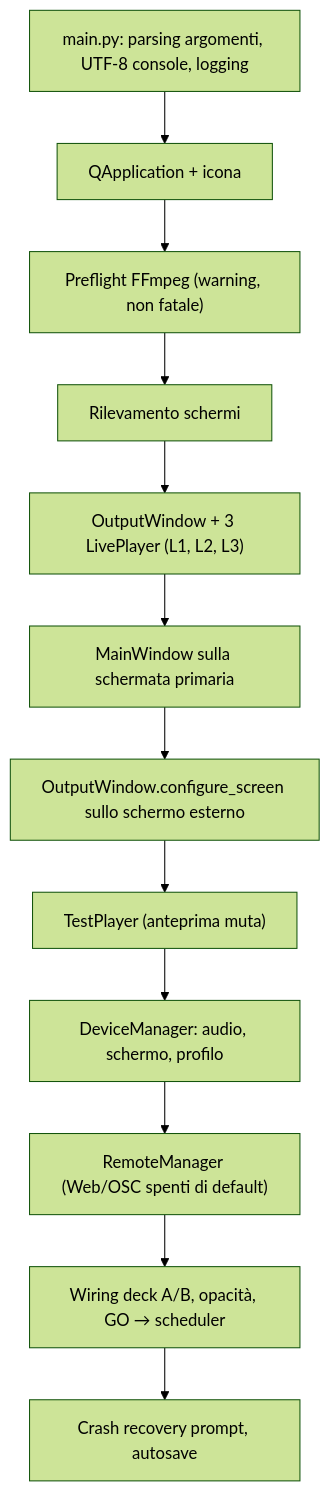
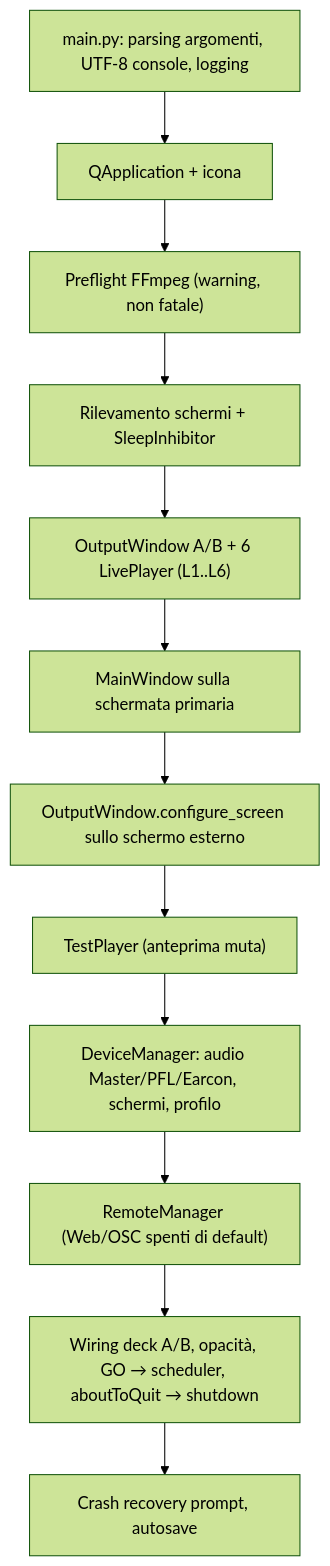
Before and after one commit to diego-costanzo/BlindCUE: the second of 3 diagrams in docs/ARCHITECTURE.md, drawn with Mermaid (forest theme). The commit also changed other lines of this file and 38 other files, not shown here.

````diff
--- a/docs/ARCHITECTURE.md
+++ b/docs/ARCHITECTURE.md
@@ -199,14 +201,14 @@
 ```mermaid
 flowchart TD
     A["main.py: parsing argomenti, UTF-8 console, logging"] --> B["QApplication + icona"]
     B --> C["Preflight FFmpeg (warning, non fatale)"]
-    C --> D["Rilevamento schermi"]
-    D --> E["OutputWindow + 3 LivePlayer (L1, L2, L3)"]
+    C --> D["Rilevamento schermi + SleepInhibitor"]
+    D --> E["OutputWindow A/B + 6 LivePlayer (L1..L6)"]
     E --> F["MainWindow sulla schermata primaria"]
     F --> G["OutputWindow.configure_screen sullo schermo esterno"]
     G --> H["TestPlayer (anteprima muta)"]
-    H --> I["DeviceManager: audio, schermo, profilo"]
+    H --> I["DeviceManager: audio Master/PFL/Earcon, schermi, profilo"]
     I --> J["RemoteManager (Web/OSC spenti di default)"]
-    J --> K["Wiring deck A/B, opacità, GO → scheduler"]
+    J --> K["Wiring deck A/B, opacità, GO → scheduler, aboutToQuit → shutdown"]
     K --> L["Crash recovery prompt, autosave"]
 ```
````
